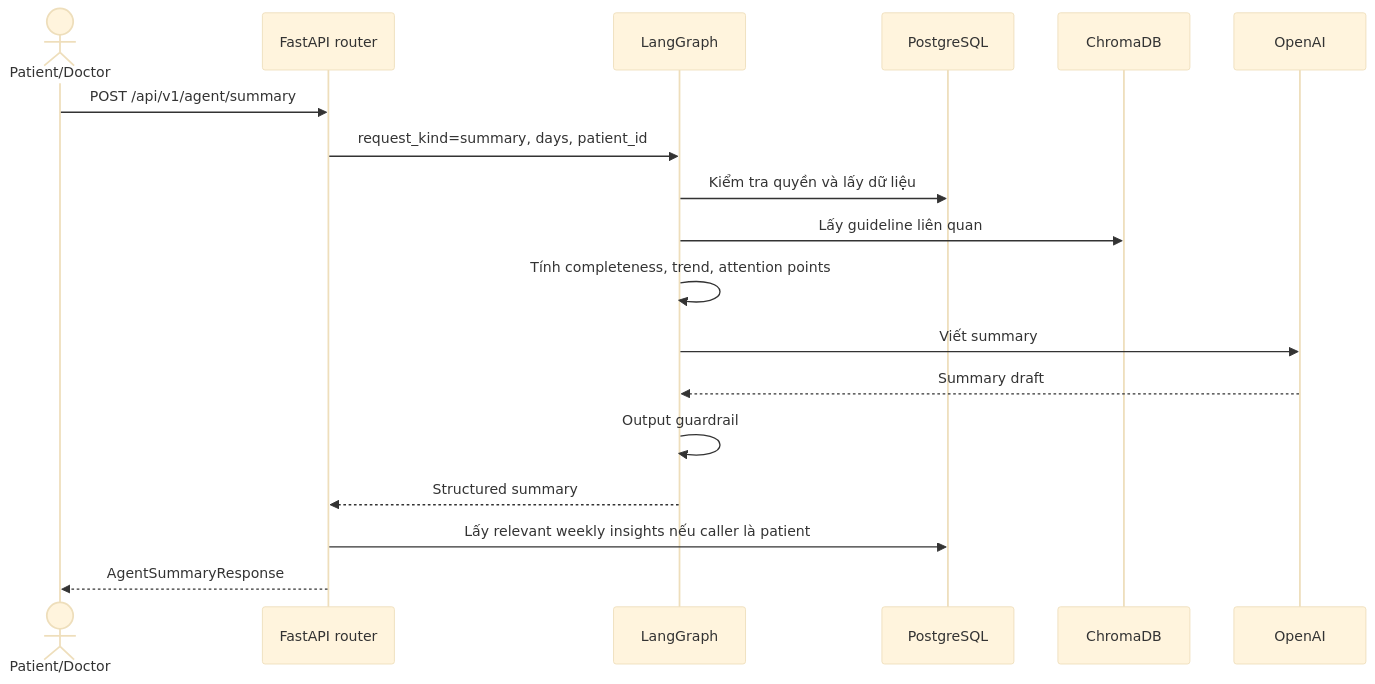
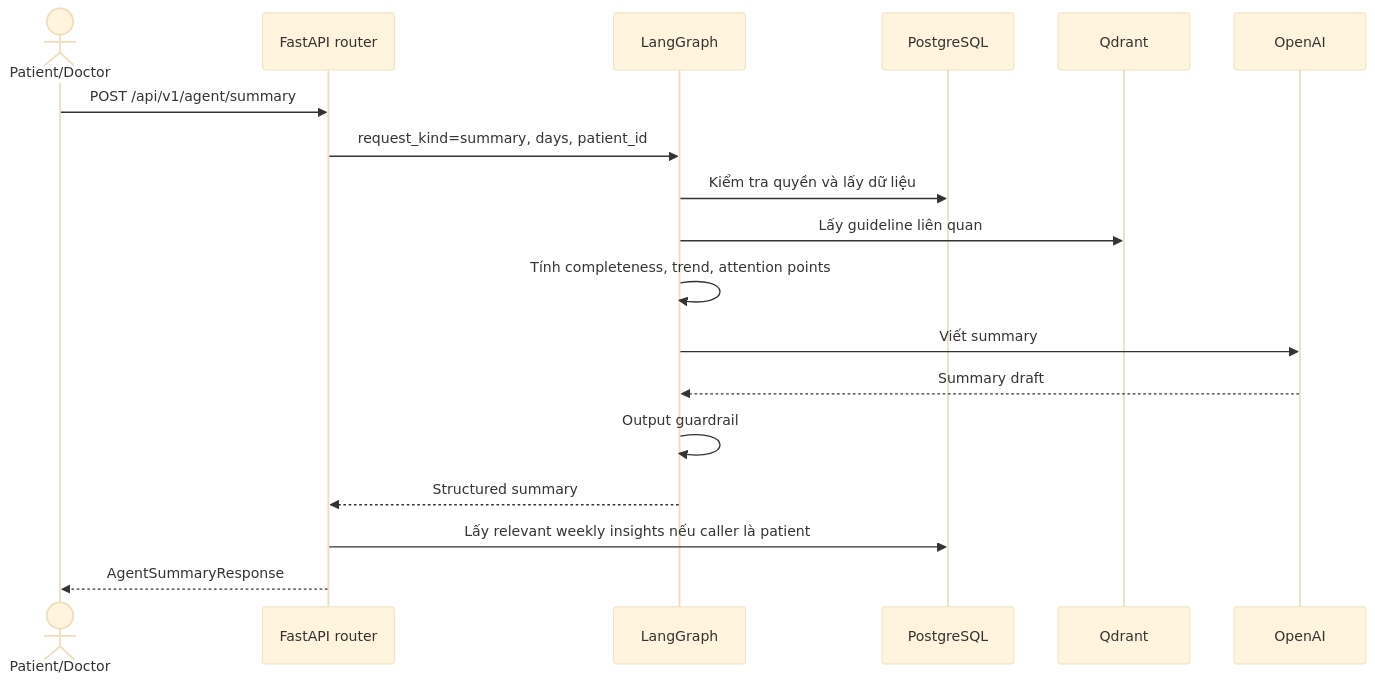
Before and after one commit to AhhPamAIVin/AhhPam-VDiab: the fourth of 5 diagrams in docs/backendDocs/ai-flow.md, drawn with Mermaid (base theme). The commit also changed other lines of this file and 62 other files, not shown here.

````diff
--- a/docs/backendDocs/ai-flow.md
+++ b/docs/backendDocs/ai-flow.md
@@ -407,21 +407,21 @@
 ```mermaid
 sequenceDiagram
     actor User as Patient/Doctor
     participant API as FastAPI router
     participant G as LangGraph
     participant DB as PostgreSQL
-    participant RAG as ChromaDB
+    participant RAG as Qdrant
     participant LLM as OpenAI
 
     User->>API: POST /api/v1/agent/summary
     API->>G: request_kind=summary, days, patient_id
     G->>DB: Kiểm tra quyền và lấy dữ liệu
     G->>RAG: Lấy guideline liên quan
     G->>G: Tính completeness, trend, attention points
     G->>LLM: Viết summary
     LLM-->>G: Summary draft
     G->>G: Output guardrail
     G-->>API: Structured summary
     API->>DB: Lấy relevant weekly insights nếu caller là patient
     API-->>User: AgentSummaryResponse
 ```
````
